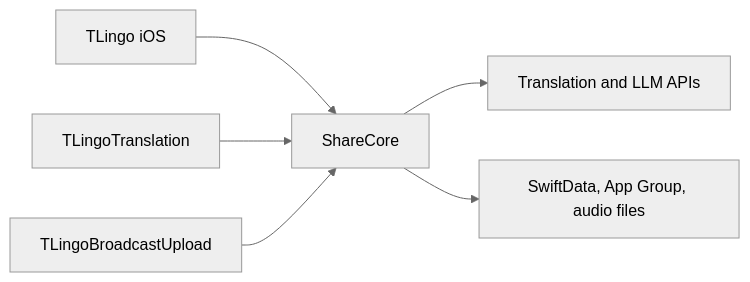
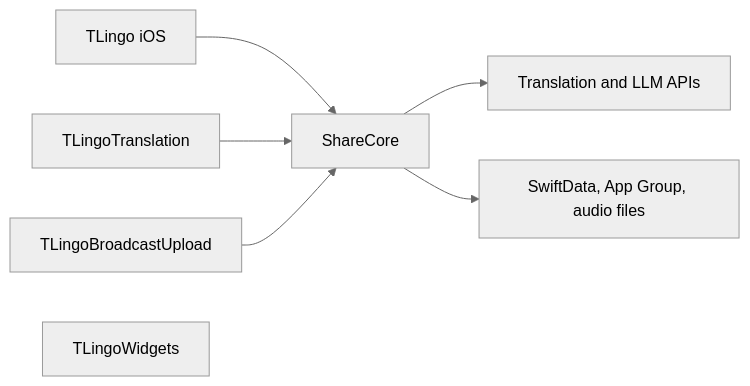
Before and after one commit to isnine/TLingo: the diagram in docs/architecture/ios-overview.md, drawn with Mermaid (neutral theme). The commit also changed other lines of this file and 10 other files, not shown here.

````diff
--- a/docs/architecture/ios-overview.md
+++ b/docs/architecture/ios-overview.md
@@ -15,8 +15,9 @@
 ```mermaid
 flowchart LR
     TLingo["TLingo iOS"] --> ShareCore
     Translation["TLingoTranslation"] --> ShareCore
     Broadcast["TLingoBroadcastUpload"] --> ShareCore
+    Widgets["TLingoWidgets"]
     ShareCore --> Network["Translation and LLM APIs"]
     ShareCore --> Storage["SwiftData, App Group, audio files"]
 ```
````
